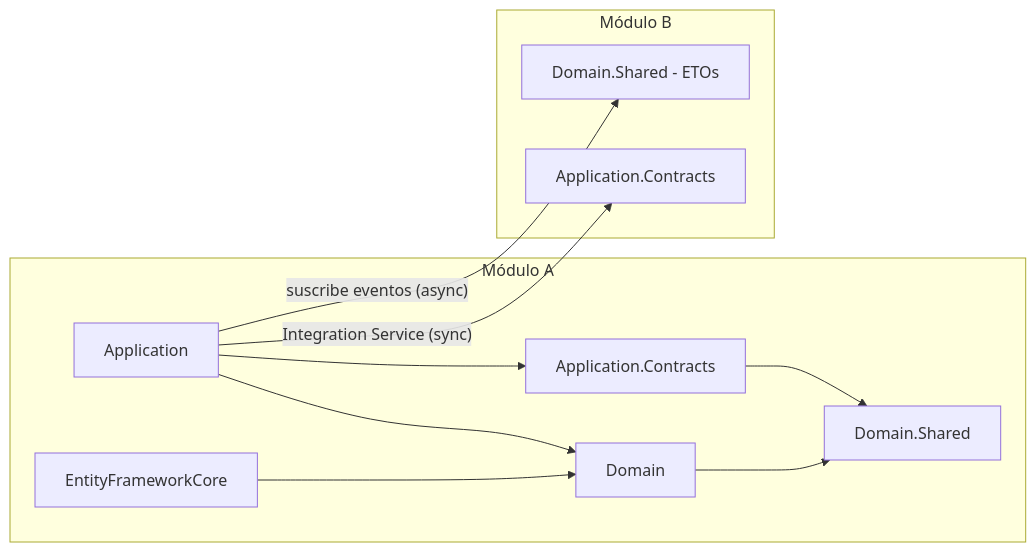
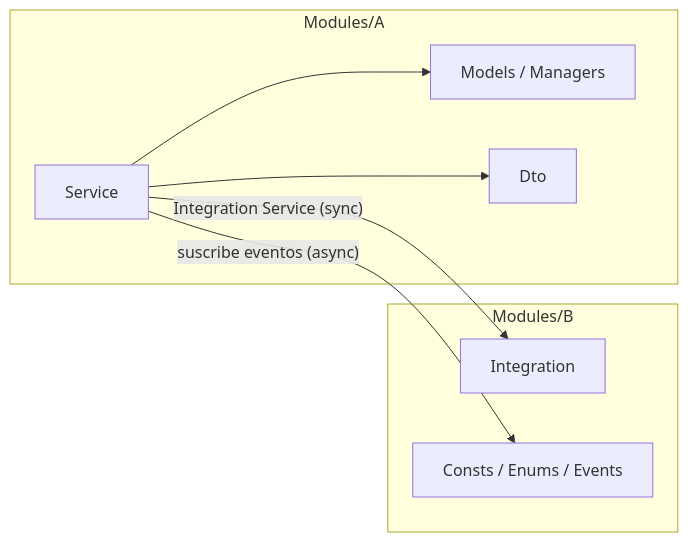
Before and after one commit to Elvis2025/Owney-Beauty-Web-API: the first of 4 diagrams in docs/Owney_Beauty_Plan_de_Desarrollo.md, drawn with Mermaid. The commit also changed other lines of this file and 212 other files, not shown here.

````diff
--- a/docs/Owney_Beauty_Plan_de_Desarrollo.md
+++ b/docs/Owney_Beauty_Plan_de_Desarrollo.md
@@ -116,14 +106,13 @@
 ```mermaid
 flowchart LR
-  subgraph ModuloA[Módulo A]
-    A_App[Application] --> A_Dom[Domain] --> A_DS[Domain.Shared]
-    A_App --> A_Con[Application.Contracts] --> A_DS
-    A_EF[EntityFrameworkCore] --> A_Dom
+  subgraph ModuloA[Modules/A]
+    A_Svc[Service] --> A_Mod[Models / Managers]
+    A_Svc --> A_Dto[Dto]
   end
-  subgraph ModuloB[Módulo B]
-    B_Con[Application.Contracts]
-    B_DS[Domain.Shared - ETOs]
+  subgraph ModuloB[Modules/B]
+    B_Int[Integration]
+    B_Pub[Consts / Enums / Events]
   end
-  A_App -- "Integration Service (sync)" --> B_Con
-  A_App -- "suscribe eventos (async)" --> B_DS
+  A_Svc -- "Integration Service (sync)" --> B_Int
+  A_Svc -- "suscribe eventos (async)" --> B_Pub
 ```
````
